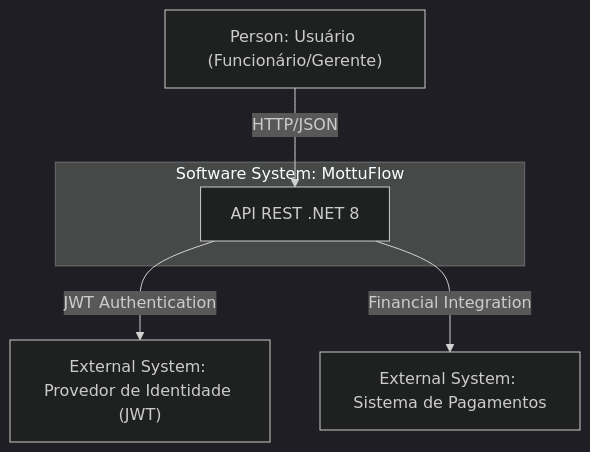
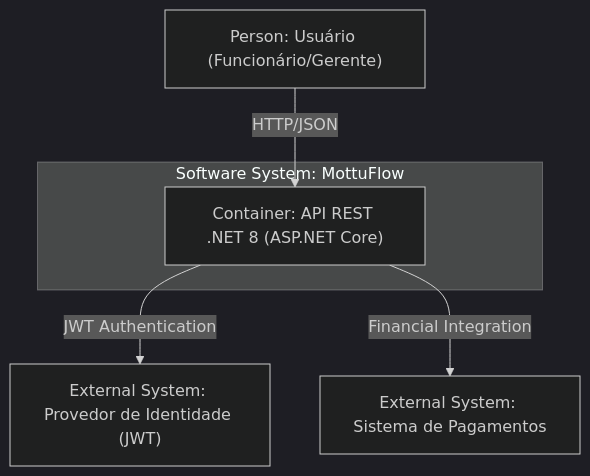
The first of 3 diagrams in README.md (leomotalima/MottuFlow-Sprint4), drawn with Mermaid (dark theme) before and after one commit.

Commit message:
Atualiza README com diagrama C4 completo e remove emojis

````diff
--- a/README.md
+++ b/README.md
@@ -42,17 +42,20 @@
 ```mermaid
 
 graph TB
+    %% Nós externos
     user["Person: Usuário (Funcionário/Gerente)"]
+    extIdP["External System: Provedor de Identidade (JWT)"]
+    extPay["External System: Sistema de Pagamentos"]
 
-    extPay["External System: Sistema de Pagamentos"]
-    extIdP["External System: Provedor de Identidade (JWT)"]
-
-    subgraph s1["Software System: MottuFlow"]
-        api["API REST .NET 8"]
+    %% Sistema principal (subgraph)
+    subgraph mottu["Software System: MottuFlow"]
+        api["Container: API REST .NET 8 (ASP.NET Core)"]
     end
 
+    %% Relacionamentos
     user -->|HTTP/JSON| api
     api -->|JWT Authentication| extIdP
     api -->|Financial Integration| extPay
 
+
 ```
````
